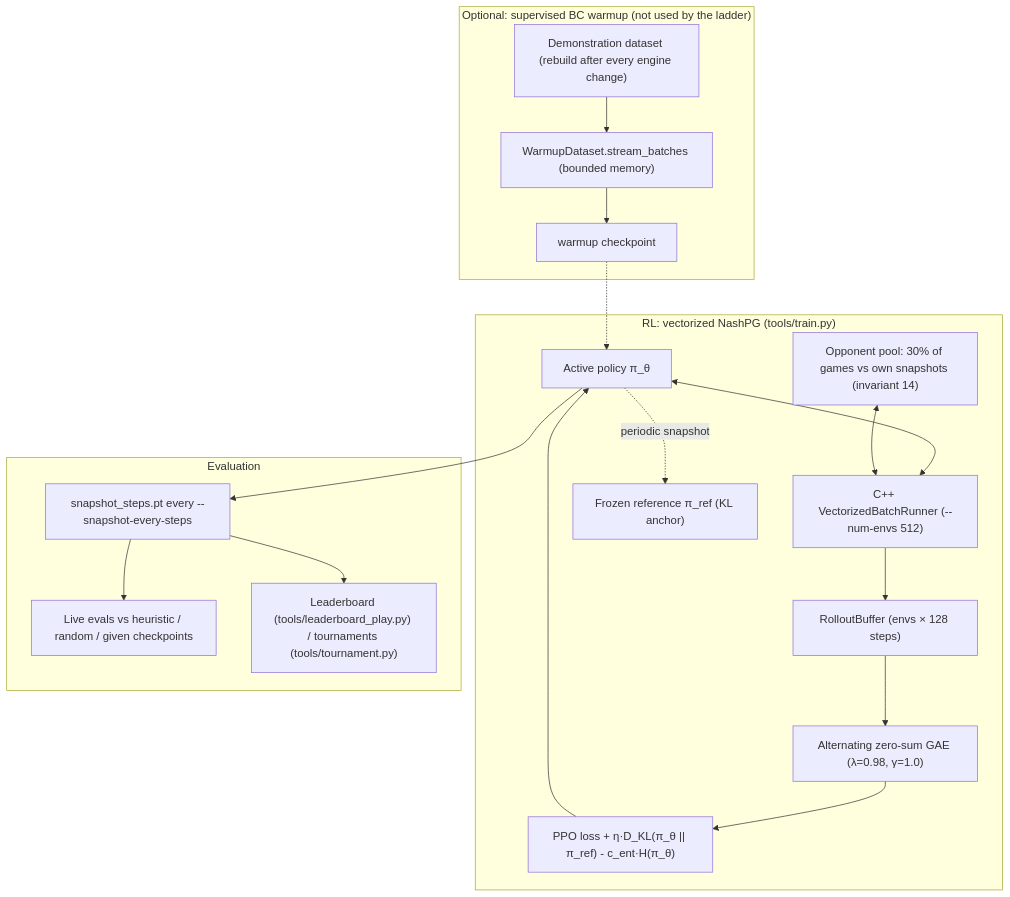
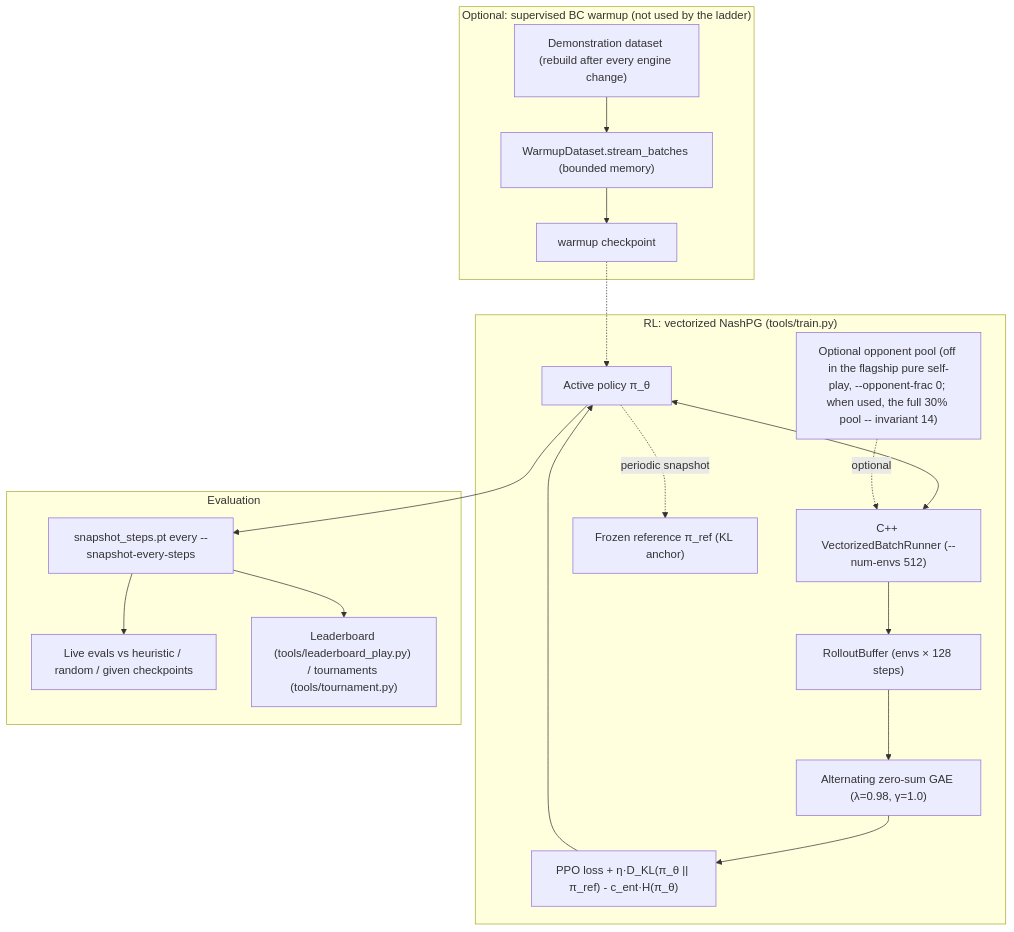
The second of 2 diagrams in AGENTS.md (mihaild/DeepStruggle), drawn with Mermaid before and after one commit. The commit also changed 5 other files, not shown here.

````diff
--- a/AGENTS.md
+++ b/AGENTS.md
@@ -192,33 +192,33 @@
 ```mermaid
 graph TD
     subgraph Phase0 ["Optional: supervised BC warmup (not used by the ladder)"]
         Demonstrations["Demonstration dataset (rebuild after every engine change)"]
         Streamer["WarmupDataset.stream_batches (bounded memory)"]
         Demonstrations --> Streamer --> WarmupModel["warmup checkpoint"]
     end
 
     subgraph Phase1 ["RL: vectorized NashPG (tools/train.py)"]
         VecEnv["C++ VectorizedBatchRunner (--num-envs 512)"]
         ActiveNet["Active policy π_θ"]
-        Pool["Opponent pool: 30% of games vs own snapshots (invariant 14)"]
+        Pool["Optional opponent pool (off in the flagship pure self-play, --opponent-frac 0; when used, the full 30% pool -- invariant 14)"]
         RefNet["Frozen reference π_ref (KL anchor)"]
         Rollout["RolloutBuffer (envs × 128 steps)"]
         GAE["Alternating zero-sum GAE (λ=0.98, γ=1.0)"]
         NashLoss["PPO loss + η·D_KL(π_θ || π_ref) - c_ent·H(π_θ)"]
         ActiveNet <--> VecEnv
-        Pool <--> VecEnv
+        Pool -.->|optional| VecEnv
         VecEnv --> Rollout --> GAE --> NashLoss --> ActiveNet
         ActiveNet -.->|periodic snapshot| RefNet
     end
 
     subgraph Phase2 ["Evaluation"]
         Snapshots["snapshot_<N>steps.pt every --snapshot-every-steps"]
         LiveEval["Live evals vs heuristic / random / given checkpoints"]
         Leaderboard["Leaderboard (tools/leaderboard_play.py) / tournaments (tools/tournament.py)"]
         Snapshots --> LiveEval
         Snapshots --> Leaderboard
     end
 
     WarmupModel -.-> ActiveNet
     ActiveNet --> Snapshots
 ```
````
